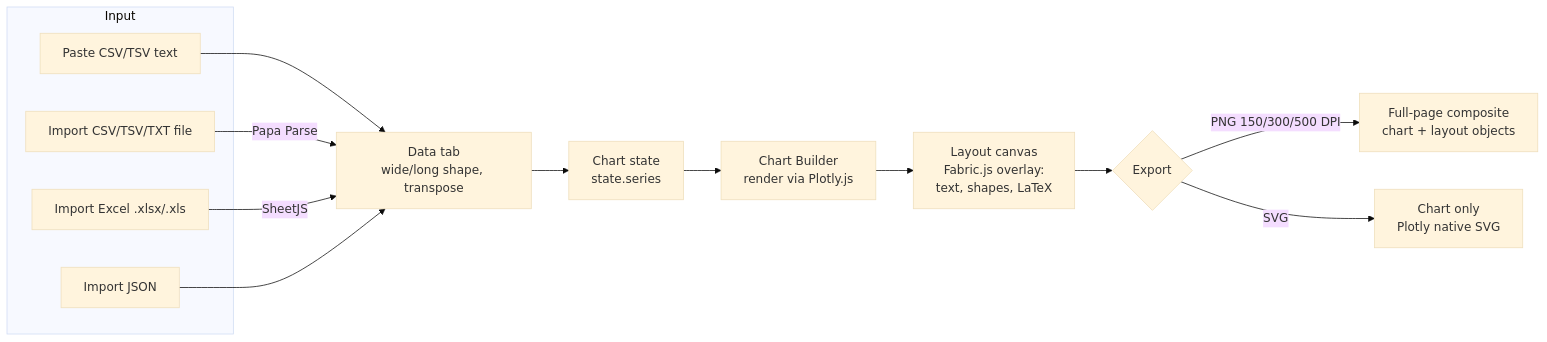
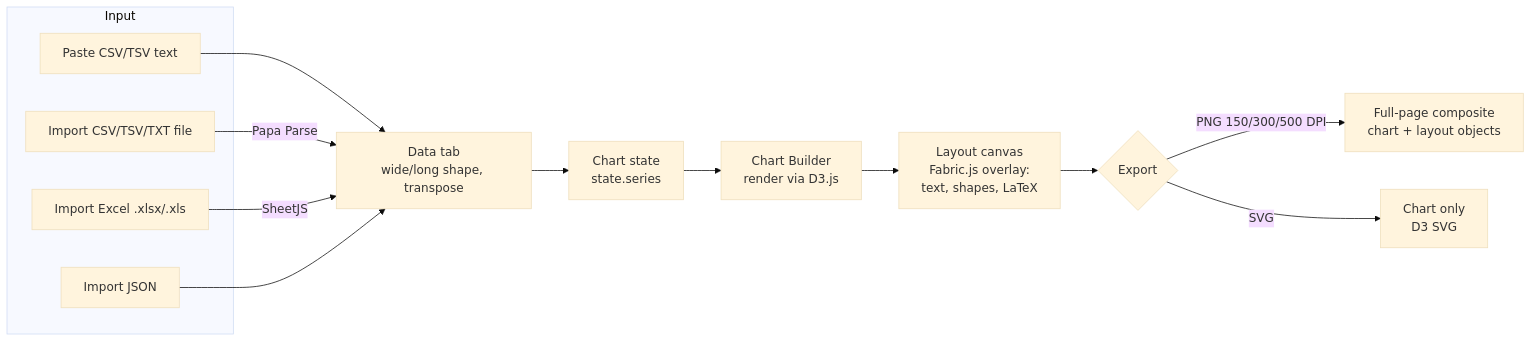
Before and after one commit to Defani/Ploots-click: the first of 2 diagrams in README.md, drawn with Mermaid (base theme). The commit also changed other lines of this file and 9 other files, not shown here.

````diff
--- a/README.md
+++ b/README.md
@@ -142,21 +142,21 @@
 ```mermaid
 flowchart LR
     subgraph Input
         A1[Paste CSV/TSV text]
         A2[Import CSV/TSV/TXT file]
         A3[Import Excel .xlsx/.xls]
         A4[Import JSON]
     end
 
     A1 --> B
     A2 -- Papa Parse --> B
     A3 -- SheetJS --> B
     A4 --> B
 
     B[Data tab<br/>wide/long shape, transpose] --> C[Chart state<br/>state.series]
-    C --> D[Chart Builder<br/>render via Plotly.js]
+    C --> D[Chart Builder<br/>render via D3.js]
     D --> E[Layout canvas<br/>Fabric.js overlay:<br/>text, shapes, LaTeX]
     E --> F{Export}
     F -- PNG 150/300/500 DPI --> G1[Full-page composite<br/>chart + layout objects]
-    F -- SVG --> G2[Chart only<br/>Plotly native SVG]
+    F -- SVG --> G2[Chart only<br/>D3 SVG]
 ```
````
